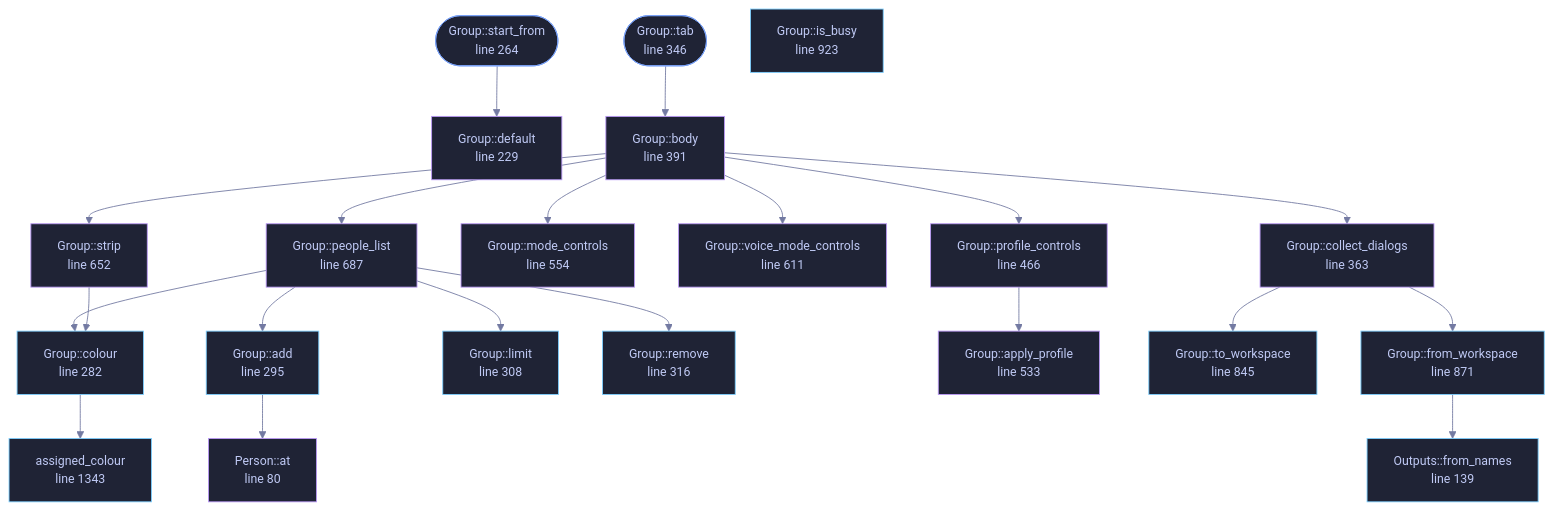
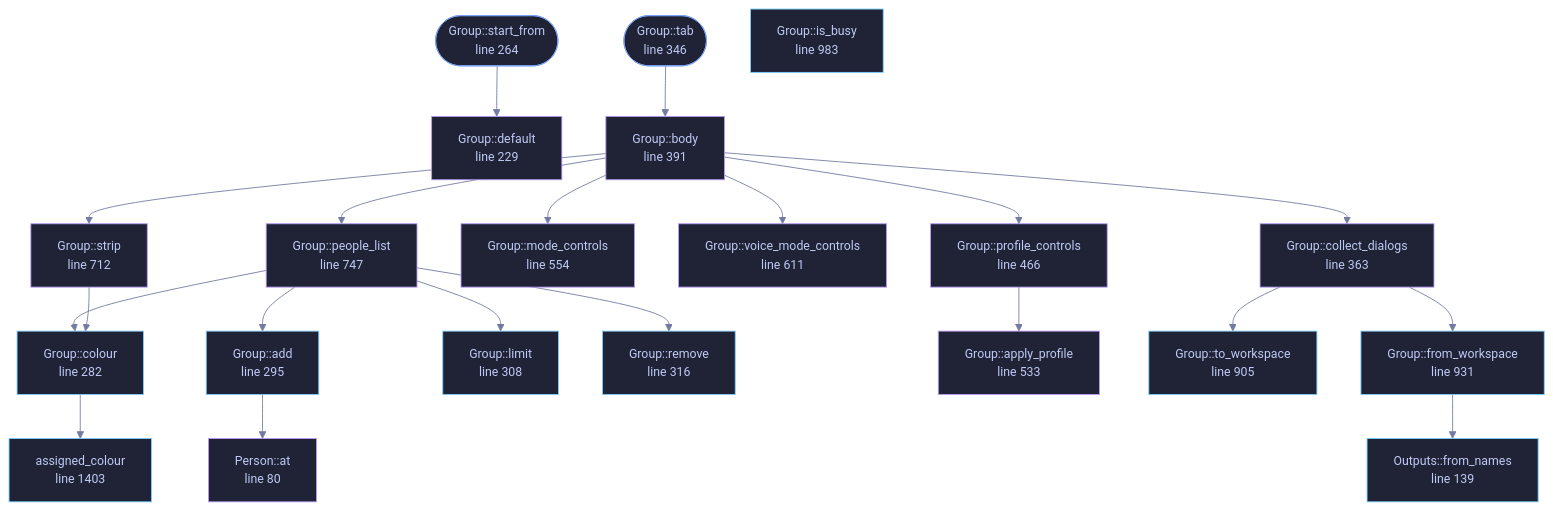
The diagram in wiki/File-veilvoice-gui-group.md (tilas01/veilvoice), drawn with Mermaid before and after one commit. The commit also changed other lines of this file and 30 other files, not shown here.

````diff
--- a/wiki/File-veilvoice-gui-group.md
+++ b/wiki/File-veilvoice-gui-group.md
@@ -109,73 +109,73 @@
 ```mermaid
 %%{init: {"theme":"base","themeVariables":{"background":"#1a1b26","primaryColor":"#1f2335","primaryTextColor":"#c0caf5","primaryBorderColor":"#7aa2f7","secondaryColor":"#16161e","tertiaryColor":"#16161e","lineColor":"#737aa2","textColor":"#c0caf5","mainBkg":"#1f2335","nodeBorder":"#7aa2f7","clusterBkg":"#16161e","clusterBorder":"#2f3549","fontFamily":"ui-monospace, SFMono-Regular, Consolas, monospace","fontSize":"14px"}}}%%
 flowchart TD
     n_at["Person::at<br/>line 80"]
     n_default["Outputs::default<br/>line 104"]
     n_from_names["Outputs::from_names<br/>line 139"]
     n_default["Group::default<br/>line 229"]
     n_start_from(["Group::start_from<br/>line 264"])
     n_colour["Group::colour<br/>line 282"]
     n_add["Group::add<br/>line 295"]
     n_limit["Group::limit<br/>line 308"]
     n_remove["Group::remove<br/>line 316"]
     n_tab(["Group::tab<br/>line 346"])
     n_collect_dialogs["Group::collect_dialogs<br/>line 363"]
     n_body["Group::body<br/>line 391"]
     n_profile_controls["Group::profile_controls<br/>line 466"]
     n_apply_profile["Group::apply_profile<br/>line 533"]
     n_mode_controls["Group::mode_controls<br/>line 554"]
     n_voice_mode_controls["Group::voice_mode_controls<br/>line 611"]
-    n_strip["Group::strip<br/>line 652"]
-    n_people_list["Group::people_list<br/>line 687"]
-    n_to_workspace["Group::to_workspace<br/>line 845"]
-    n_from_workspace["Group::from_workspace<br/>line 871"]
-    n_is_busy["Group::is_busy<br/>line 923"]
-    n_assigned_colour["assigned_colour<br/>line 1343"]
+    n_strip["Group::strip<br/>line 712"]
+    n_people_list["Group::people_list<br/>line 747"]
+    n_to_workspace["Group::to_workspace<br/>line 905"]
+    n_from_workspace["Group::from_workspace<br/>line 931"]
+    n_is_busy["Group::is_busy<br/>line 983"]
+    n_assigned_colour["assigned_colour<br/>line 1403"]
     n_add --> n_at
     n_body --> n_collect_dialogs
     n_body --> n_mode_controls
     n_body --> n_people_list
     n_body --> n_profile_controls
     n_body --> n_strip
     n_body --> n_voice_mode_controls
     n_collect_dialogs --> n_from_workspace
     n_collect_dialogs --> n_to_workspace
     n_colour --> n_assigned_colour
     n_from_workspace --> n_from_names
     n_people_list --> n_add
     n_people_list --> n_colour
     n_people_list --> n_limit
     n_people_list --> n_remove
     n_profile_controls --> n_apply_profile
     n_start_from --> n_default
     n_strip --> n_colour
     n_tab --> n_body
     click n_at href "https://github.com/tilas01/veilvoice/blob/main/crates/veilvoice-gui/src/group.rs#L80" "open the source"
     click n_default href "https://github.com/tilas01/veilvoice/blob/main/crates/veilvoice-gui/src/group.rs#L104" "open the source"
     click n_from_names href "https://github.com/tilas01/veilvoice/blob/main/crates/veilvoice-gui/src/group.rs#L139" "open the source"
     click n_default href "https://github.com/tilas01/veilvoice/blob/main/crates/veilvoice-gui/src/group.rs#L229" "open the source"
     click n_start_from href "https://github.com/tilas01/veilvoice/blob/main/crates/veilvoice-gui/src/group.rs#L264" "open the source"
     click n_colour href "https://github.com/tilas01/veilvoice/blob/main/crates/veilvoice-gui/src/group.rs#L282" "open the source"
     click n_add href "https://github.com/tilas01/veilvoice/blob/main/crates/veilvoice-gui/src/group.rs#L295" "open the source"
     click n_limit href "https://github.com/tilas01/veilvoice/blob/main/crates/veilvoice-gui/src/group.rs#L308" "open the source"
     click n_remove href "https://github.com/tilas01/veilvoice/blob/main/crates/veilvoice-gui/src/group.rs#L316" "open the source"
     click n_tab href "https://github.com/tilas01/veilvoice/blob/main/crates/veilvoice-gui/src/group.rs#L346" "open the source"
     click n_collect_dialogs href "https://github.com/tilas01/veilvoice/blob/main/crates/veilvoice-gui/src/group.rs#L363" "open the source"
     click n_body href "https://github.com/tilas01/veilvoice/blob/main/crates/veilvoice-gui/src/group.rs#L391" "open the source"
     click n_profile_controls href "https://github.com/tilas01/veilvoice/blob/main/crates/veilvoice-gui/src/group.rs#L466" "open the source"
     click n_apply_profile href "https://github.com/tilas01/veilvoice/blob/main/crates/veilvoice-gui/src/group.rs#L533" "open the source"
     click n_mode_controls href "https://github.com/tilas01/veilvoice/blob/main/crates/veilvoice-gui/src/group.rs#L554" "open the source"
     click n_voice_mode_controls href "https://github.com/tilas01/veilvoice/blob/main/crates/veilvoice-gui/src/group.rs#L611" "open the source"
-    click n_strip href "https://github.com/tilas01/veilvoice/blob/main/crates/veilvoice-gui/src/group.rs#L652" "open the source"
-    click n_people_list href "https://github.com/tilas01/veilvoice/blob/main/crates/veilvoice-gui/src/group.rs#L687" "open the source"
-    click n_to_workspace href "https://github.com/tilas01/veilvoice/blob/main/crates/veilvoice-gui/src/group.rs#L845" "open the source"
-    click n_from_workspace href "https://github.com/tilas01/veilvoice/blob/main/crates/veilvoice-gui/src/group.rs#L871" "open the source"
-    click n_is_busy href "https://github.com/tilas01/veilvoice/blob/main/crates/veilvoice-gui/src/group.rs#L923" "open the source"
-    click n_assigned_colour href "https://github.com/tilas01/veilvoice/blob/main/crates/veilvoice-gui/src/group.rs#L1343" "open the source"
+    click n_strip href "https://github.com/tilas01/veilvoice/blob/main/crates/veilvoice-gui/src/group.rs#L712" "open the source"
+    click n_people_list href "https://github.com/tilas01/veilvoice/blob/main/crates/veilvoice-gui/src/group.rs#L747" "open the source"
+    click n_to_workspace href "https://github.com/tilas01/veilvoice/blob/main/crates/veilvoice-gui/src/group.rs#L905" "open the source"
+    click n_from_workspace href "https://github.com/tilas01/veilvoice/blob/main/crates/veilvoice-gui/src/group.rs#L931" "open the source"
+    click n_is_busy href "https://github.com/tilas01/veilvoice/blob/main/crates/veilvoice-gui/src/group.rs#L983" "open the source"
+    click n_assigned_colour href "https://github.com/tilas01/veilvoice/blob/main/crates/veilvoice-gui/src/group.rs#L1403" "open the source"
     classDef entry fill:#1f2335,stroke:#7aa2f7,color:#c0caf5
     class n_start_from,n_tab entry
     classDef api fill:#1f2335,stroke:#7dcfff,color:#c0caf5
     class n_from_names,n_colour,n_add,n_limit,n_remove,n_to_workspace,n_from_workspace,n_is_busy,n_assigned_colour api
     classDef helper fill:#1f2335,stroke:#bb9af7,color:#c0caf5
     class n_at,n_default,n_default,n_collect_dialogs,n_body,n_profile_controls,n_apply_profile,n_mode_controls,n_voice_mode_controls,n_strip,n_people_list helper
 ```
````
